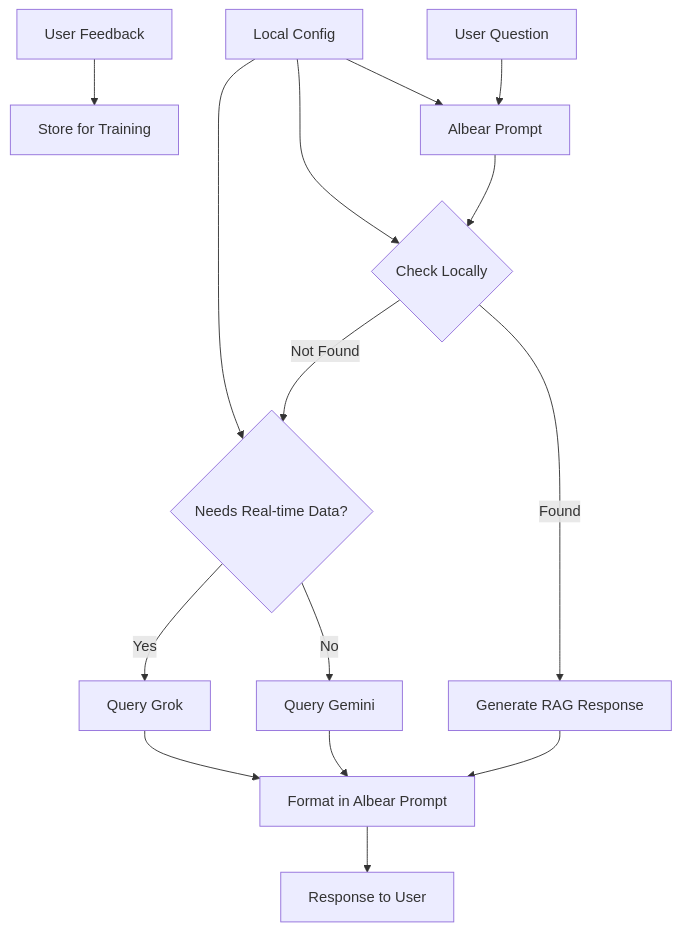
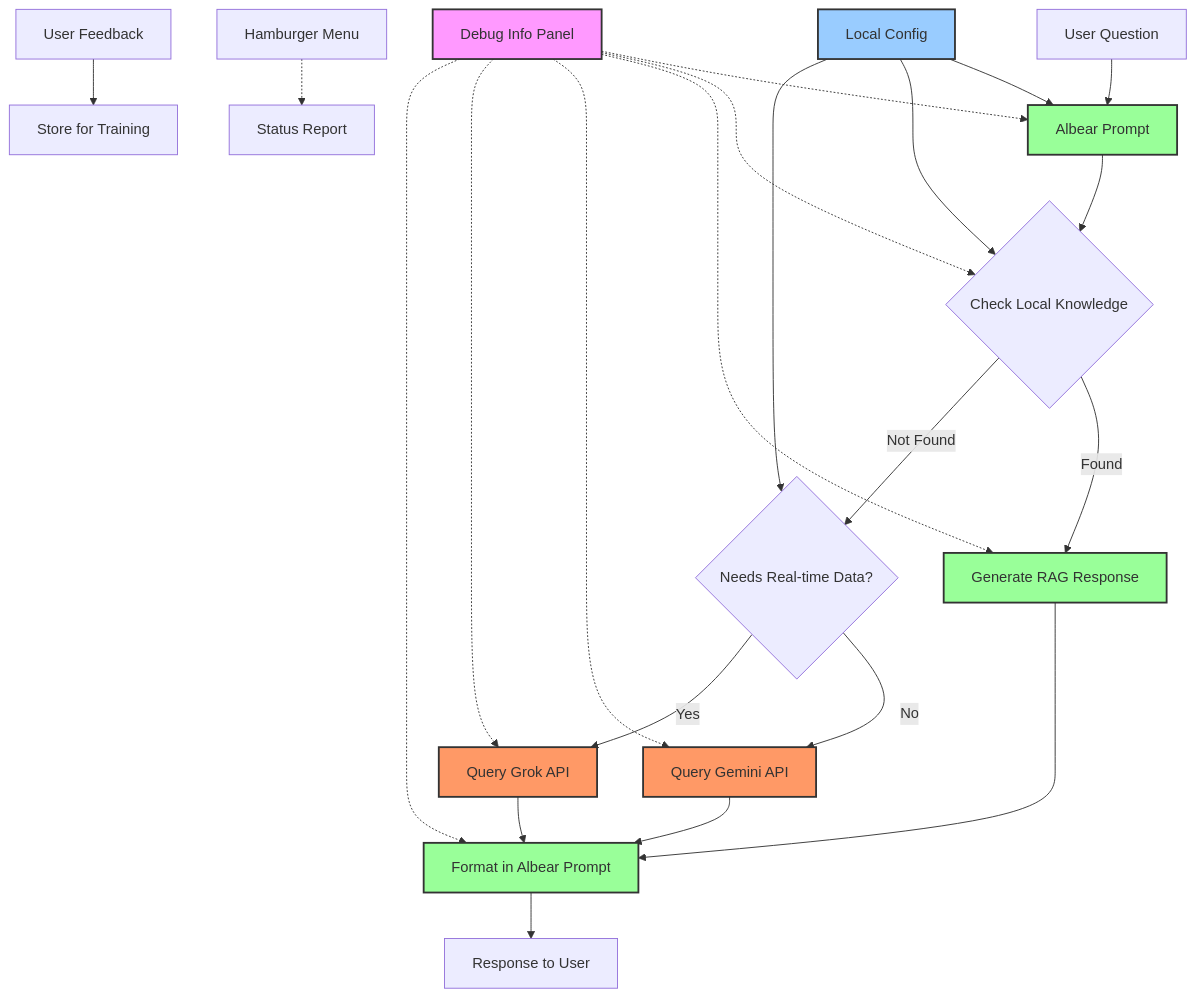
Before and after one commit to prolixalias/pt-demo-lc-rag: the diagram in README.md, drawn with Mermaid.

Commit message:
update flow diagram

````diff
--- a/README.md
+++ b/README.md
@@ -3,22 +3,50 @@
 ```mermaid
 flowchart TD
+    %% User Input and Initial Processing
     A[User Question] --> B[Albear Prompt]
-    B --> C{Check Locally}
+    B --> C{Check Local Knowledge}
+    
+    %% Knowledge Source Decision Tree
     C -->|Found| D[Generate RAG Response]
     C -->|Not Found| E{Needs Real-time Data?}
     
-    E -->|No| F[Query Gemini]
-    E -->|Yes| G[Query Grok]
+    %% External API Paths
+    E -->|No| F[Query Gemini API]
+    E -->|Yes| G[Query Grok API]
     
+    %% Response Processing
     D --> H[Format in Albear Prompt]
     F --> H
     G --> H
     
+    %% Output and Feedback Loop
     H --> I[Response to User]
-    
     J[User Feedback] --> K[Store for Training]
     
+    %% Configuration Management
     L[Local Config] --> B
     L --> C
     L --> E
+
+    %% Debug Information Flow
+    style M fill:#f9f,stroke:#333,stroke-width:2px
+    M[Debug Info Panel] -.-> B
+    M -.-> C
+    M -.-> D
+    M -.-> F
+    M -.-> G
+    M -.-> H
+
+    %% Collaboration Status
+    N[Hamburger Menu] -.-> O[Status Report]
+    
+    %% Style Definitions
+    classDef api fill:#f96,stroke:#333,stroke-width:2px
+    classDef config fill:#9cf,stroke:#333,stroke-width:2px
+    classDef process fill:#9f9,stroke:#333,stroke-width:2px
+    
+    %% Apply Styles
+    class F,G api
+    class L config
+    class B,D,H process
 ```
````
